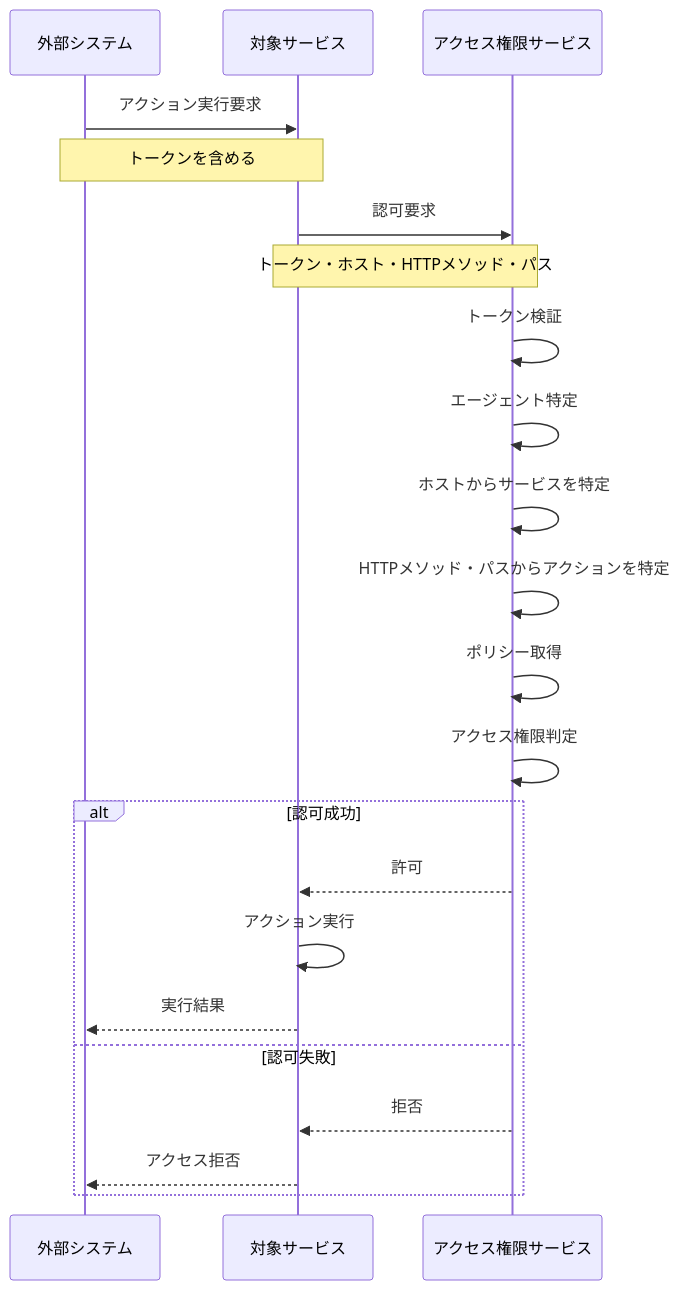
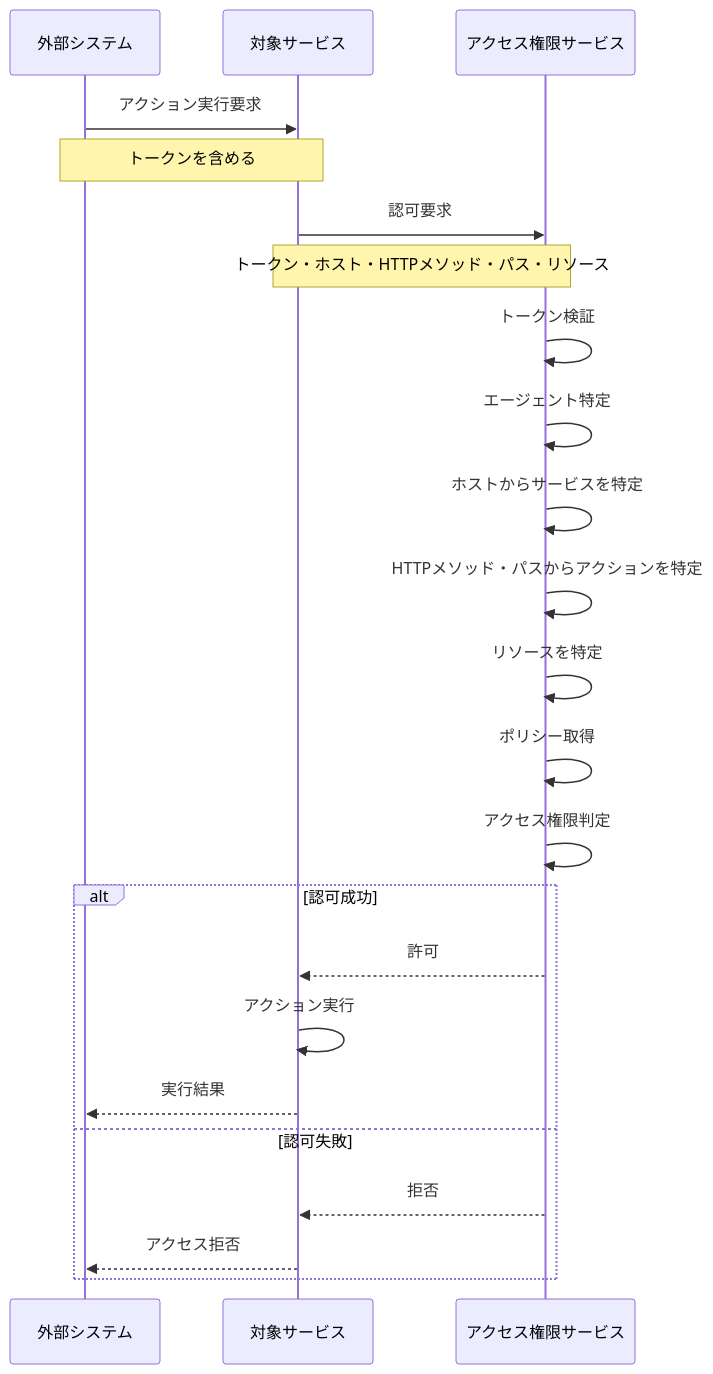
One commit to atsumarukun/holos-permit-api changed the second of 2 diagrams in docs/specs/overview.md. Above: the diagram before and after it, drawn with Mermaid. The commit also changed other lines of this file and 1 other file, not shown here.

````diff
--- a/docs/specs/overview.md
+++ b/docs/specs/overview.md
@@ -144,28 +156,29 @@
 ```mermaid
 sequenceDiagram
   participant E as 外部システム
   participant S as 対象サービス
   participant A as アクセス権限サービス
 
   E->>S: アクション実行要求
   Note over E,S: トークンを含める
 
   S->>A: 認可要求
-  Note over S,A: トークン・ホスト・HTTPメソッド・パス
+  Note over S,A: トークン・ホスト・HTTPメソッド・パス・リソース
 
   A->>A: トークン検証
   A->>A: エージェント特定
   A->>A: ホストからサービスを特定
   A->>A: HTTPメソッド・パスからアクションを特定
+  A->>A: リソースを特定
   A->>A: ポリシー取得
   A->>A: アクセス権限判定
 
   alt 認可成功
     A-->>S: 許可
     S->>S: アクション実行
     S-->>E: 実行結果
   else 認可失敗
     A-->>S: 拒否
     S-->>E: アクセス拒否
   end
 ```
````
